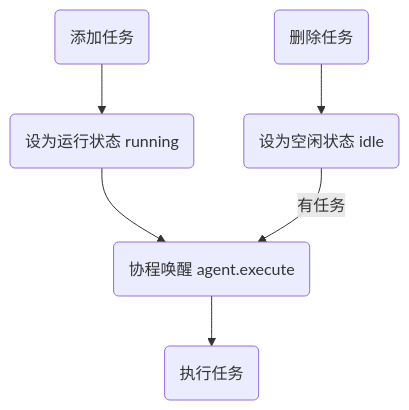
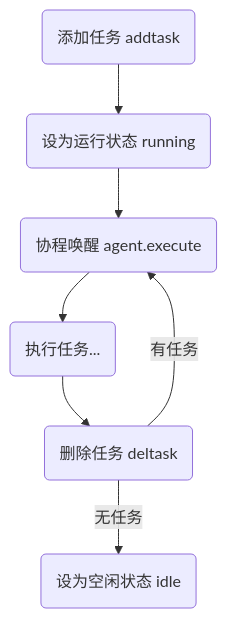
The first of 4 diagrams in docs/agent-template.md (huuhghhgyg/Container-Terminal-Simulation), drawn with Mermaid before and after one commit. The commit also changed other lines of this file and 2 other files, not shown here.

````diff
--- a/docs/agent-template.md
+++ b/docs/agent-template.md
@@ -5,13 +5,14 @@
 ```mermaid
 graph
-addtask(添加任务)
-execute(执行任务)
-deltask(删除任务)
+addtask(添加任务 addtask)
+execute(执行任务...)
+deltask(删除任务 deltask)
 invoke(协程唤醒 agent.execute)
 running(设为运行状态 running)
 idle(设为空闲状态 idle)
 
 addtask-->running-->invoke
-invoke-->execute
-deltask-->idle-->|有任务|invoke
+invoke-->execute -->deltask
+deltask-->|有任务|invoke
+deltask-->|无任务|idle
 ```
````
